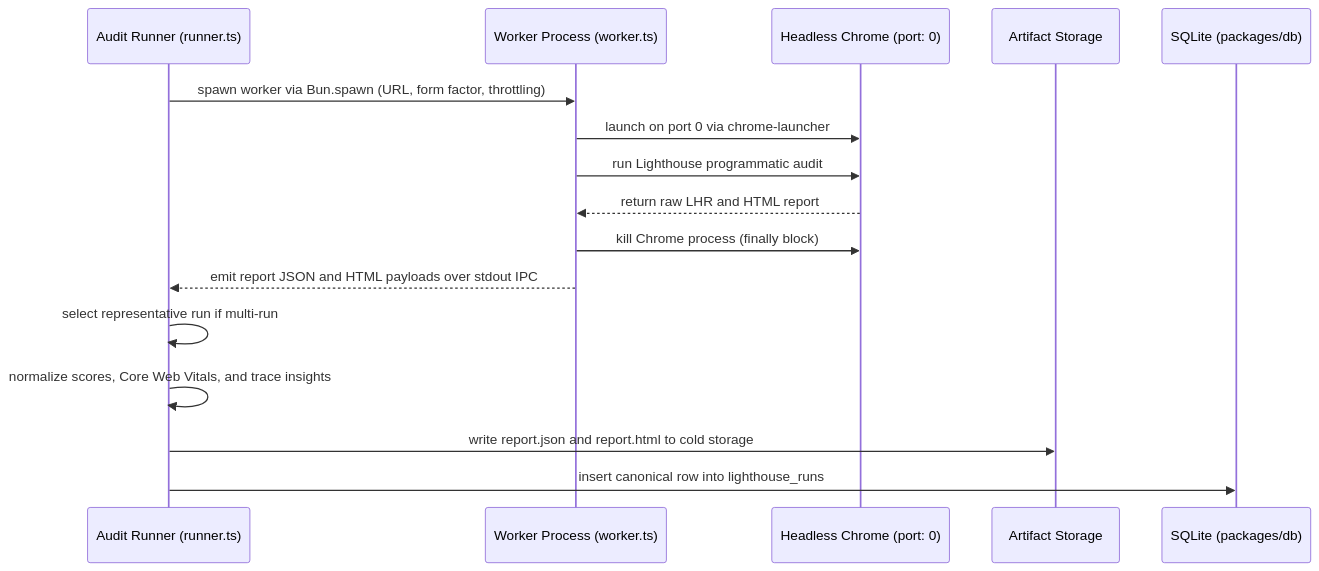
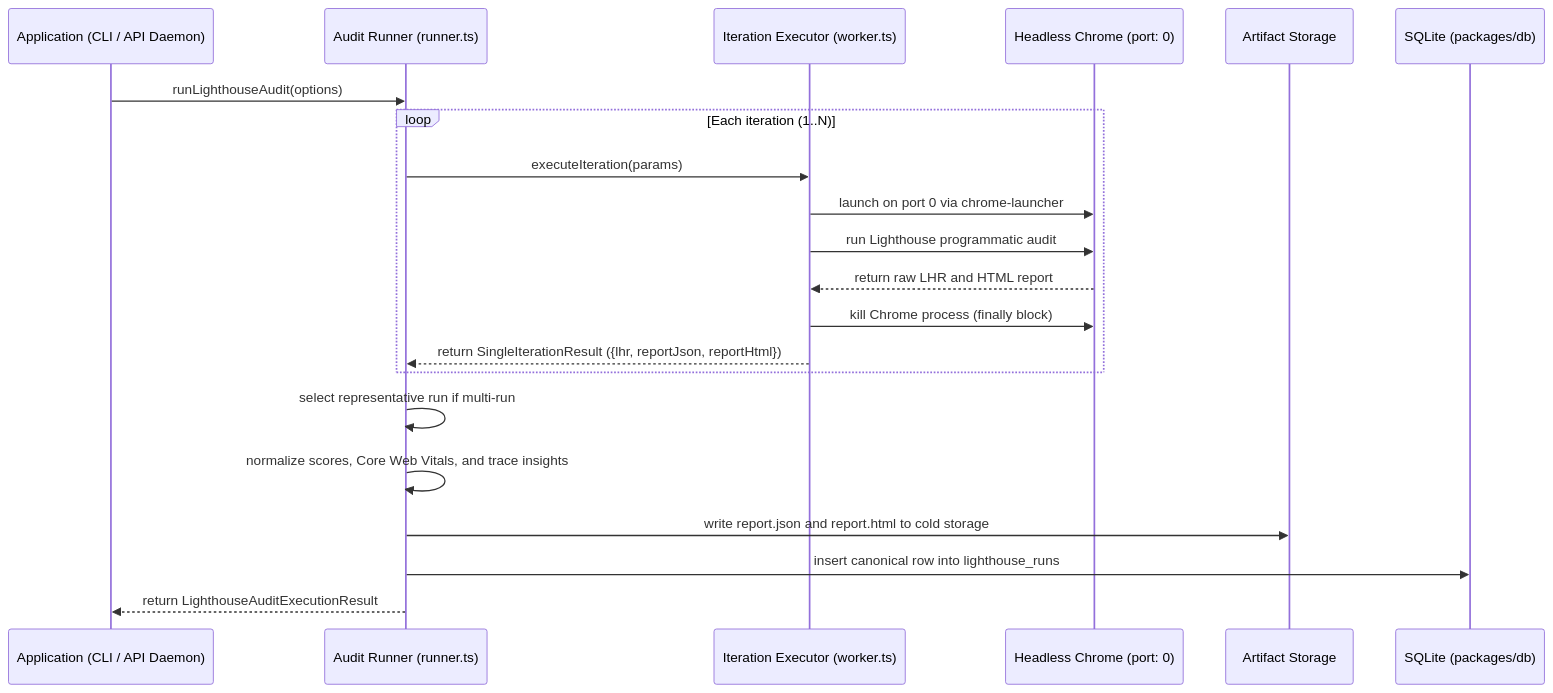
Before and after one commit to ahmedhanye/devtools: the diagram in docs/architecture/lighthouse.md, drawn with Mermaid. The commit also changed other lines of this file and 34 other files, not shown here.

Commit message:
feat(cli): add lighthouse audit commands and agent output mode (#110)

````diff
--- a/docs/architecture/lighthouse.md
+++ b/docs/architecture/lighthouse.md
@@ -30,19 +28,24 @@
 ```mermaid
 sequenceDiagram
+    participant App as Application (CLI / API Daemon)
     participant Runner as Audit Runner (runner.ts)
-    participant Worker as Worker Process (worker.ts)
+    participant Iter as Iteration Executor (worker.ts)
     participant Chrome as Headless Chrome (port: 0)
     participant Disk as Artifact Storage
     participant DB as SQLite (packages/db)
 
-    Runner->>Worker: spawn worker via Bun.spawn (URL, form factor, throttling)
-    Worker->>Chrome: launch on port 0 via chrome-launcher
-    Worker->>Chrome: run Lighthouse programmatic audit
-    Chrome-->>Worker: return raw LHR and HTML report
-    Worker->>Chrome: kill Chrome process (finally block)
-    Worker-->>Runner: emit report JSON and HTML payloads over stdout IPC
+    App->>Runner: runLighthouseAudit(options)
+    loop Each iteration (1..N)
+        Runner->>Iter: executeIteration(params)
+        Iter->>Chrome: launch on port 0 via chrome-launcher
+        Iter->>Chrome: run Lighthouse programmatic audit
+        Chrome-->>Iter: return raw LHR and HTML report
+        Iter->>Chrome: kill Chrome process (finally block)
+        Iter-->>Runner: return SingleIterationResult ({lhr, reportJson, reportHtml})
+    end
     Runner->>Runner: select representative run if multi-run
     Runner->>Runner: normalize scores, Core Web Vitals, and trace insights
     Runner->>Disk: write report.json and report.html to cold storage
     Runner->>DB: insert canonical row into lighthouse_runs
+    Runner-->>App: return LighthouseAuditExecutionResult
 ```
````
